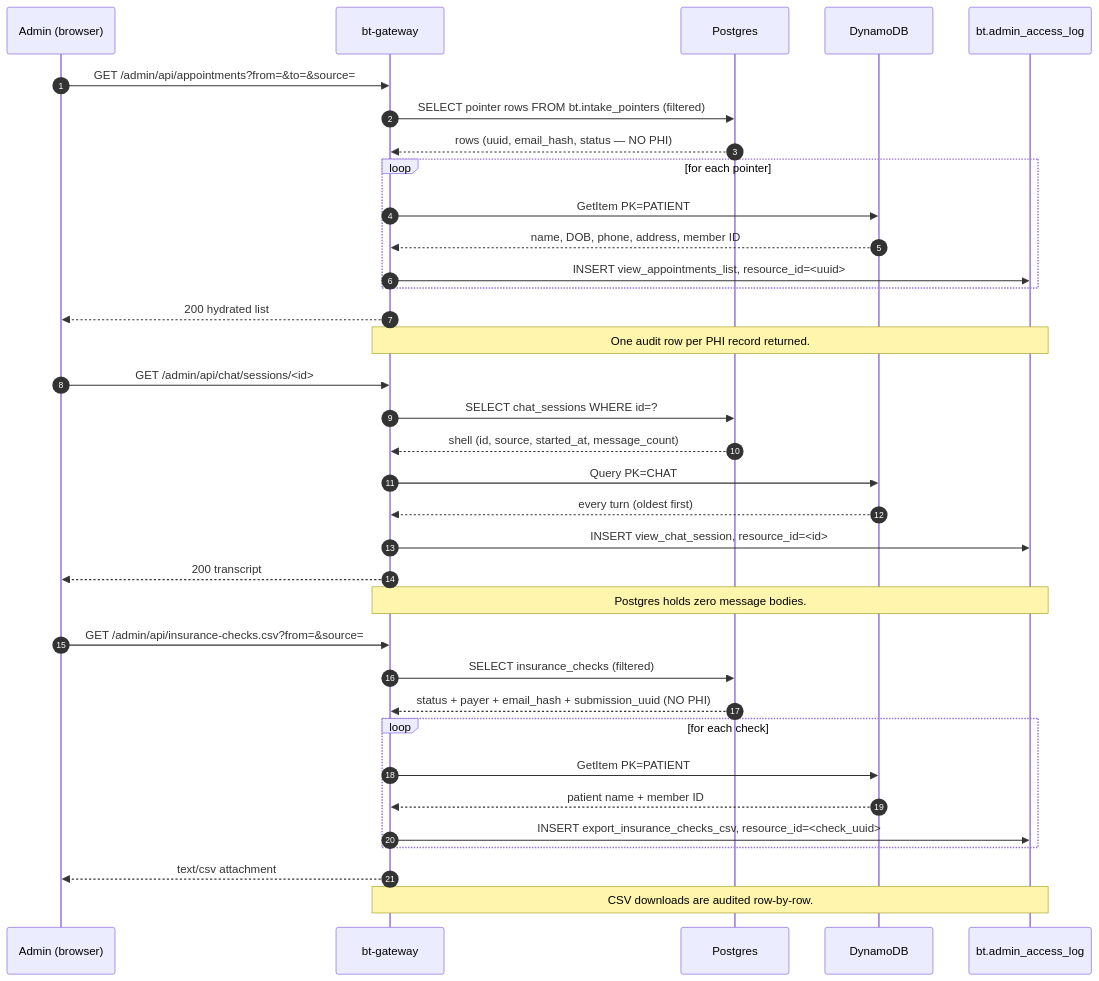
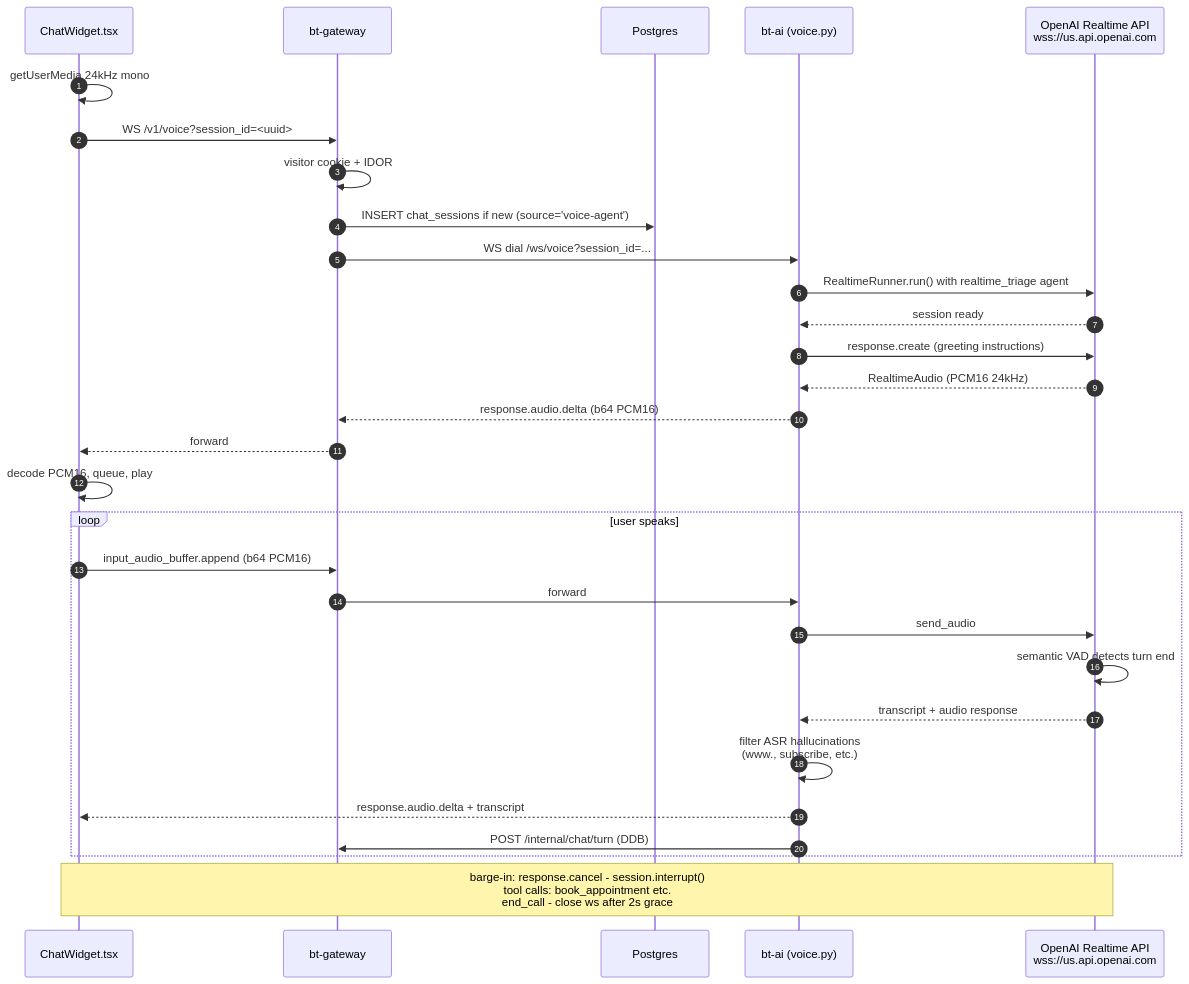
Before and after one commit to shankasf/brightertomorrow: the fifth of 9 diagrams in README.md, drawn with Mermaid. The commit also changed other lines of this file, not shown here.

First line of the commit message:
docs(readme): rebuild as voice + chat agent map with mermaid flowcharts

````diff
--- a/README.md
+++ b/README.md
@@ -411,40 +162,35 @@
 ```mermaid
 sequenceDiagram
     autonumber
-    participant A as Admin (browser)
-    participant GW as bt-gateway
+    participant W as ChatWidget.tsx
+    participant G as bt-gateway
     participant PG as Postgres
-    participant DDB as DynamoDB
-    participant AUD as bt.admin_access_log
+    participant AI as bt-ai (voice.py)
+    participant RT as OpenAI Realtime API<br/>wss://us.api.openai.com
 
-    A->>GW: GET /admin/api/appointments?from=&to=&source=
-    GW->>PG: SELECT pointer rows FROM bt.intake_pointers (filtered)
-    PG-->>GW: rows (uuid, email_hash, status — NO PHI)
-    loop for each pointer
-        GW->>DDB: GetItem PK=PATIENT#<hash> SK=INTAKE#<uuid>
-        DDB-->>GW: name, DOB, phone, address, member ID
-        GW->>AUD: INSERT view_appointments_list, resource_id=<uuid>
+    W->>W: getUserMedia 24kHz mono
+    W->>G: WS /v1/voice?session_id=<uuid>
+    G->>G: visitor cookie + IDOR
+    G->>PG: INSERT chat_sessions if new (source='voice-agent')
+    G->>AI: WS dial /ws/voice?session_id=...
+    AI->>RT: RealtimeRunner.run() with realtime_triage agent
+    RT-->>AI: session ready
+    AI->>RT: response.create (greeting instructions)
+    RT-->>AI: RealtimeAudio (PCM16 24kHz)
+    AI-->>G: response.audio.delta (b64 PCM16)
+    G-->>W: forward
+    W->>W: decode PCM16, queue, play
+
+    loop user speaks
+        W->>G: input_audio_buffer.append (b64 PCM16)
+        G->>AI: forward
+        AI->>RT: send_audio
+        RT->>RT: semantic VAD detects turn end
+        RT-->>AI: transcript + audio response
+        AI->>AI: filter ASR hallucinations<br/>(www., subscribe, etc.)
+        AI-->>W: response.audio.delta + transcript
+        AI->>G: POST /internal/chat/turn (DDB)
     end
-    GW-->>A: 200 hydrated list
-    Note over GW,AUD: One audit row per PHI record returned.
 
-    A->>GW: GET /admin/api/chat/sessions/<id>
-    GW->>PG: SELECT chat_sessions WHERE id=?
-    PG-->>GW: shell (id, source, started_at, message_count)
-    GW->>DDB: Query PK=CHAT#<id> AND begins_with(SK,'TURN#')
-    DDB-->>GW: every turn (oldest first)
-    GW->>AUD: INSERT view_chat_session, resource_id=<id>
-    GW-->>A: 200 transcript
-    Note over GW,AUD: Postgres holds zero message bodies.
-
-    A->>GW: GET /admin/api/insurance-checks.csv?from=&source=
-    GW->>PG: SELECT insurance_checks (filtered)
-    PG-->>GW: status + payer + email_hash + submission_uuid (NO PHI)
-    loop for each check
-        GW->>DDB: GetItem PK=PATIENT#<hash> SK=INTAKE#<uuid>
-        DDB-->>GW: patient name + member ID
-        GW->>AUD: INSERT export_insurance_checks_csv, resource_id=<check_uuid>
-    end
-    GW-->>A: text/csv attachment
-    Note over GW,AUD: CSV downloads are audited row-by-row.
+    Note over W,RT: barge-in: response.cancel - session.interrupt()<br/>tool calls: book_appointment etc.<br/>end_call - close ws after 2s grace
 ```
````
